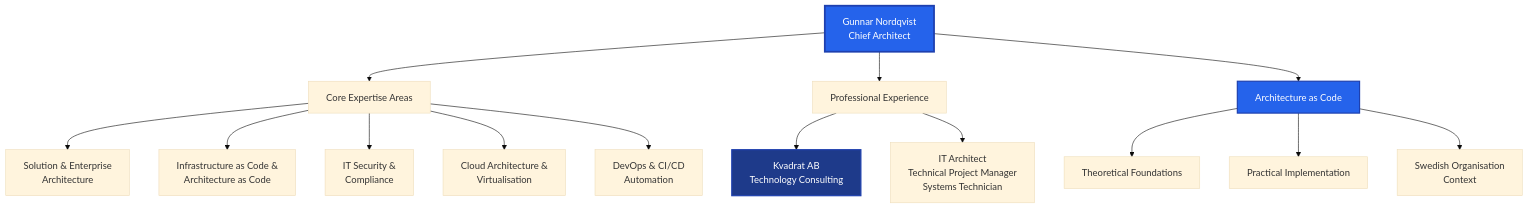
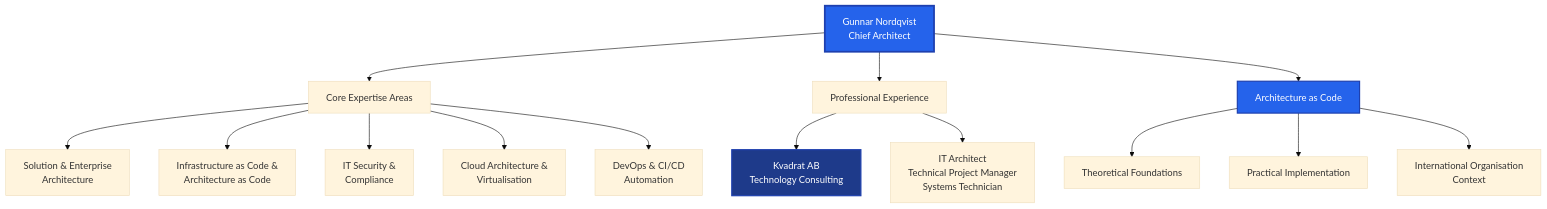
Before and after one commit to Geonitab/architecture_as_code: the diagram in docs/images/diagram_29_author_profile.mmd, drawn with Mermaid (base theme). The commit also changed 6 other files, not shown here.

```diff
--- a/docs/images/diagram_29_author_profile.mmd
+++ b/docs/images/diagram_29_author_profile.mmd
@@ -1,23 +1,23 @@
 graph TB
     Author[Gunnar Nordqvist<br/>Chief Architect]
     
     Author --> Expertise[Core Expertise Areas]
     Author --> Experience[Professional Experience]
     Author --> Book[Architecture as Code]
     
     Expertise --> SolArch[Solution & Enterprise<br/>Architecture]
     Expertise --> IaC[Infrastructure as Code &<br/>Architecture as Code]
     Expertise --> Security[IT Security &<br/>Compliance]
     Expertise --> Cloud[Cloud Architecture &<br/>Virtualisation]
     Expertise --> DevOps[DevOps & CI/CD<br/>Automation]
     
     Experience --> Kvadrat[Kvadrat AB<br/>Technology Consulting]
     Experience --> Roles[IT Architect<br/>Technical Project Manager<br/>Systems Technician]
     
     Book --> Principles[Theoretical Foundations]
     Book --> Practice[Practical Implementation]
-    Book --> Swedish[Swedish Organisation<br/>Context]
+    Book --> Context[International Organisation<br/>Context]
     
     style Author fill:#2563eb,stroke:#1e40af,stroke-width:3px,color:#fff
     style Book fill:#2563eb,stroke:#1e40af,stroke-width:2px,color:#fff
     style Kvadrat fill:#1e3a8a,stroke:#1e40af,stroke-width:2px,color:#fff
```
